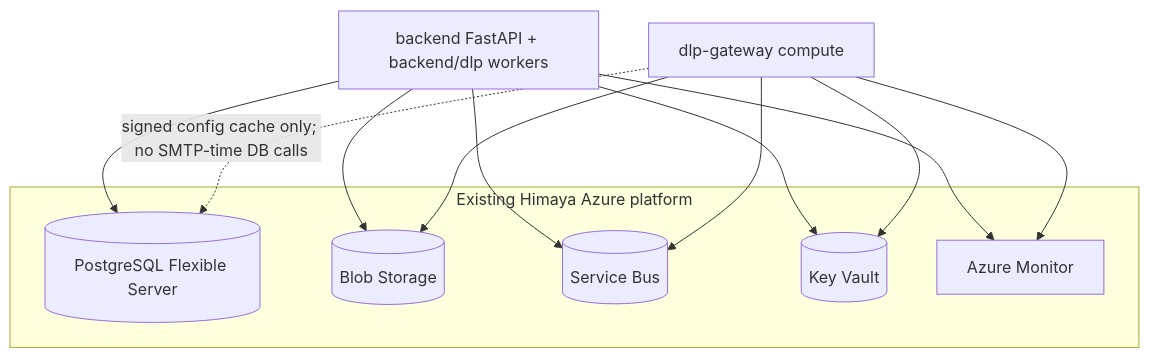
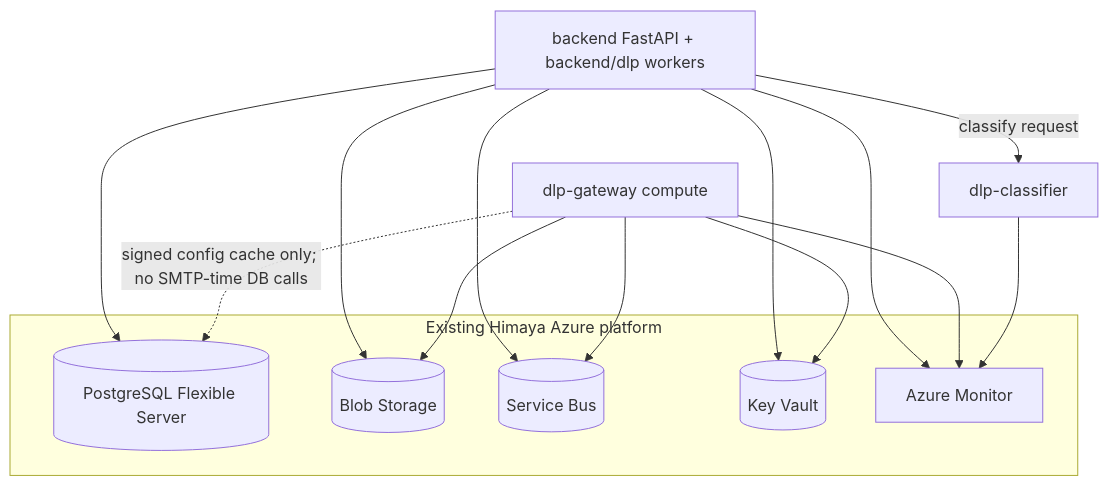
The second of 10 diagrams in docs/DLP_INGRESS_GATEWAY_PLAN.md (Himaya-AI/himaya-prod-azure), drawn with Mermaid before and after one commit. The commit also changed other lines of this file and 4 other files, not shown here.

````diff
--- a/docs/DLP_INGRESS_GATEWAY_PLAN.md
+++ b/docs/DLP_INGRESS_GATEWAY_PLAN.md
@@ -143,22 +145,25 @@
 ```mermaid
 flowchart TB
     subgraph Shared[Existing Himaya Azure platform]
         PG[(PostgreSQL Flexible Server)]
         Blob[(Blob Storage)]
         SB[(Service Bus)]
         KV[(Key Vault)]
         Mon[Azure Monitor]
     end
 
     FastAPI[backend FastAPI + backend/dlp workers] --> PG
     FastAPI --> Blob
     FastAPI --> SB
     FastAPI --> KV
     FastAPI --> Mon
+    FastAPI -->|classify request| Classifier[dlp-classifier]
 
     Gateway[dlp-gateway compute] --> Blob
     Gateway --> SB
     Gateway --> KV
     Gateway --> Mon
     Gateway -.signed config cache only; no SMTP-time DB calls.-> PG
+
+    Classifier --> Mon
 ```
````
